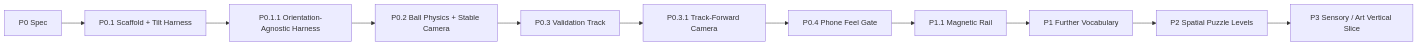
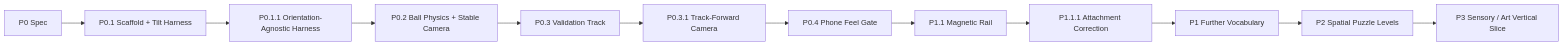
One commit to zeroLR/2D-game-playground changed the diagram in docs/plans/inner-rail/ROADMAP.md. Above: the diagram before and after it, drawn with Mermaid. The commit also changed other lines of this file, not shown here.

Commit message:
docs(inner-rail): record P1.1 attachment correction

````diff
--- a/docs/plans/inner-rail/ROADMAP.md
+++ b/docs/plans/inner-rail/ROADMAP.md
@@ -9,13 +9,14 @@
 ```mermaid
 flowchart LR
     S[P0 Spec] --> P01[P0.1 Scaffold + Tilt Harness]
     P01 --> P011[P0.1.1 Orientation-Agnostic Harness]
     P011 --> P02[P0.2 Ball Physics + Stable Camera]
     P02 --> P03[P0.3 Validation Track]
     P03 --> P031[P0.3.1 Track-Forward Camera]
     P031 --> P04[P0.4 Phone Feel Gate]
     P04 --> P11[P1.1 Magnetic Rail]
-    P11 --> P1X[P1 Further Vocabulary]
+    P11 --> P111[P1.1.1 Attachment Correction]
+    P111 --> P1X[P1 Further Vocabulary]
     P1X --> P2[P2 Spatial Puzzle Levels]
     P2 --> P3[P3 Sensory / Art Vertical Slice]
 ```
````
